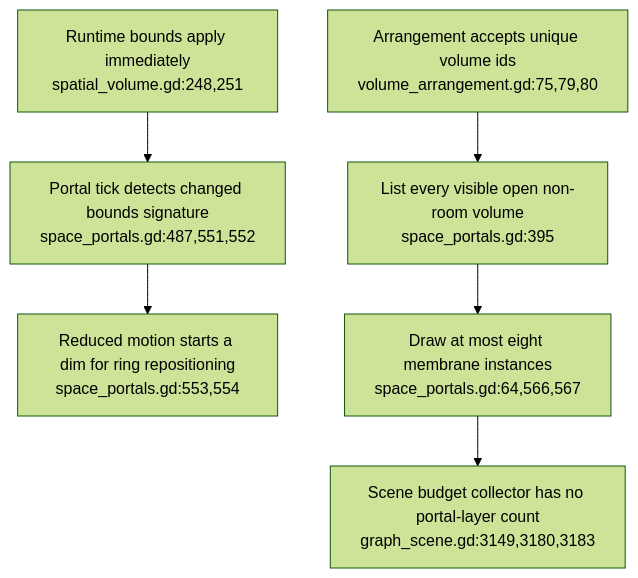
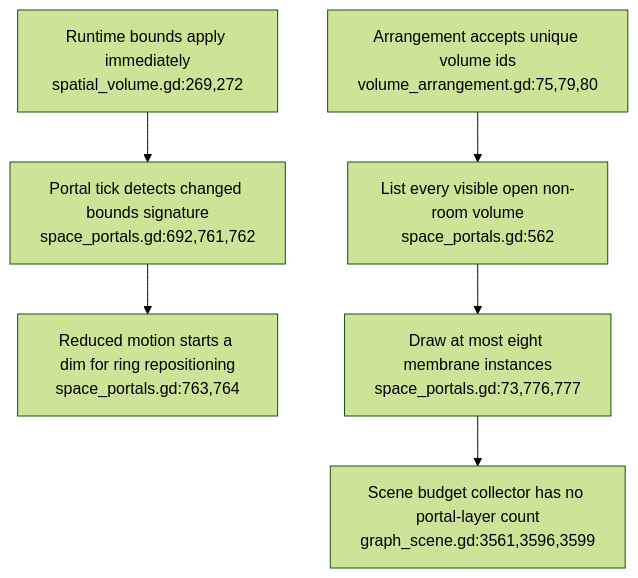
The third of 3 diagrams in docs/diagrams/visionclaw/47-portal-entry-and-scaled-walkthrough.md (DreamLab-AI/VisionFlow), drawn with Mermaid (forest theme) before and after one commit. The commit also changed other lines of this file and 56 other files, not shown here.

First line of the commit message:
docs(diagrams): re-verify VisionClaw topics at ec785afa9, add VC-19/56/57 and the VisionClaw register

````diff
--- a/docs/diagrams/visionclaw/47-portal-entry-and-scaled-walkthrough.md
+++ b/docs/diagrams/visionclaw/47-portal-entry-and-scaled-walkthrough.md
@@ -55,8 +57,8 @@
 ```mermaid
 flowchart TD
-    API["Runtime bounds apply immediately<br/>spatial_volume.gd:248,251"] --> SIG["Portal tick detects changed bounds signature<br/>space_portals.gd:487,551,552"]
-    SIG --> DIM["Reduced motion starts a dim for ring repositioning<br/>space_portals.gd:553,554"]
-    ADD["Arrangement accepts unique volume ids<br/>volume_arrangement.gd:75,79,80"] --> IDS["List every visible open non-room volume<br/>space_portals.gd:395"]
-    IDS --> MM["Draw at most eight membrane instances<br/>space_portals.gd:64,566,567"]
-    MM --> GAP["Scene budget collector has no portal-layer count<br/>graph_scene.gd:3149,3180,3183"]
+    API["Runtime bounds apply immediately<br/>spatial_volume.gd:269,272"] --> SIG["Portal tick detects changed bounds signature<br/>space_portals.gd:692,761,762"]
+    SIG --> DIM["Reduced motion starts a dim for ring repositioning<br/>space_portals.gd:763,764"]
+    ADD["Arrangement accepts unique volume ids<br/>volume_arrangement.gd:75,79,80"] --> IDS["List every visible open non-room volume<br/>space_portals.gd:562"]
+    IDS --> MM["Draw at most eight membrane instances<br/>space_portals.gd:73,776,777"]
+    MM --> GAP["Scene budget collector has no portal-layer count<br/>graph_scene.gd:3561,3596,3599"]
 ```
````
